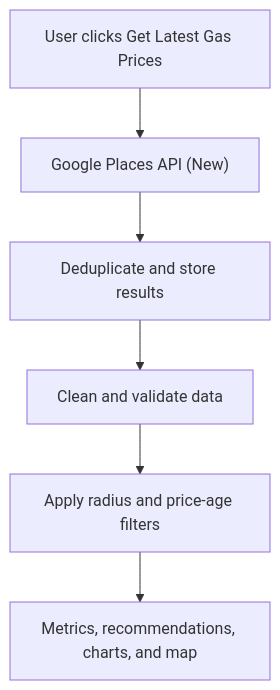
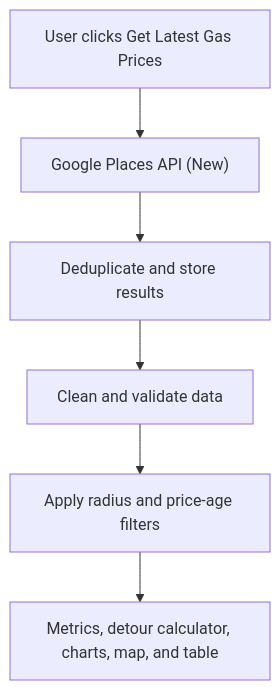
One commit to acesvd/GSU-Gas-Dashboard changed the diagram in README.md. Above: the diagram before and after it, drawn with Mermaid. The commit also changed other lines of this file and 1 other file, not shown here.

Commit message:
Deleted recommendations as it is on the poster

````diff
--- a/README.md
+++ b/README.md
@@ -143,15 +134,15 @@
 ```mermaid
 flowchart TD
     A["User clicks Get Latest Gas Prices"]
     B["Google Places API (New)"]
     C["Deduplicate and store results"]
     D["Clean and validate data"]
     E["Apply radius and price-age filters"]
-    F["Metrics, recommendations, charts, and map"]
+    F["Metrics, detour calculator, charts, map, and table"]
 
     A --> B
     B --> C
     C --> D
     D --> E
     E --> F
 ```
````
